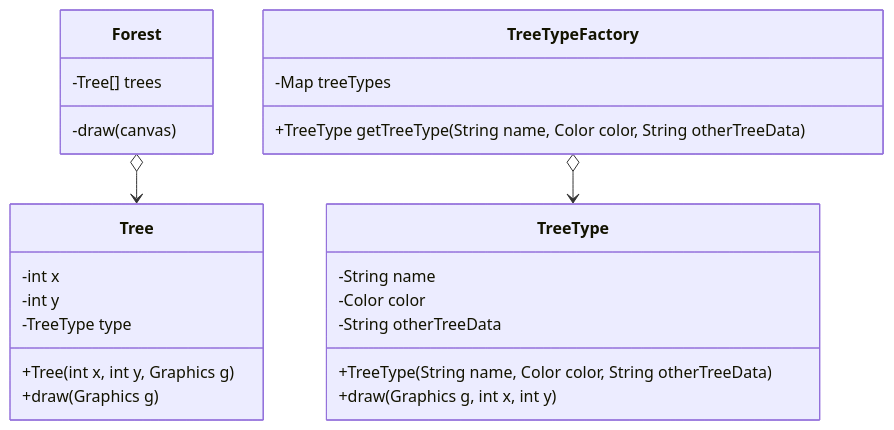
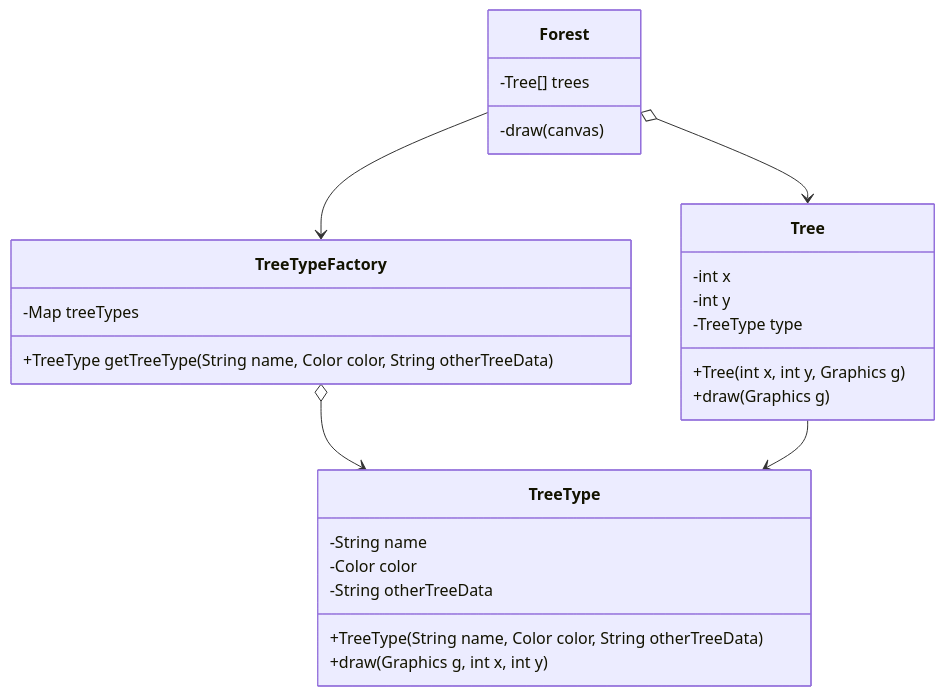
One commit to nguyenvantien2009/design-pattern-learning changed the diagram in src/main/java/com/despat/structural/flyweight/readme.md. Above: the diagram before and after it, drawn with Mermaid.

````diff
--- a/src/main/java/com/despat/structural/flyweight/readme.md
+++ b/src/main/java/com/despat/structural/flyweight/readme.md
@@ -3,27 +3,29 @@
 ```mermaid
 classDiagram
     class Forest
     Forest:-Tree[] trees 
     Forest:-draw(canvas)
 
     class Tree
     Tree:-int x
     Tree:-int y
     Tree:-TreeType type
     Tree:+Tree(int x, int y, Graphics g)
-    Tree:+draw(Graphics g)
+    Tree:+draw(Graphics g)  
 
     class TreeType
     TreeType:-String name
     TreeType:-Color color
     TreeType:-String otherTreeData
     TreeType:+TreeType(String name, Color color, String otherTreeData)
     TreeType:+draw(Graphics g, int x, int y)
 
     class TreeTypeFactory
     TreeTypeFactory:-Map<String, TreeType> treeTypes
     TreeTypeFactory:+TreeType getTreeType(String name, Color color, String otherTreeData)
 
     TreeTypeFactory o--> TreeType
     Forest o--> Tree
+    Forest --> TreeTypeFactory
+    Tree --> TreeType
 ```
````
